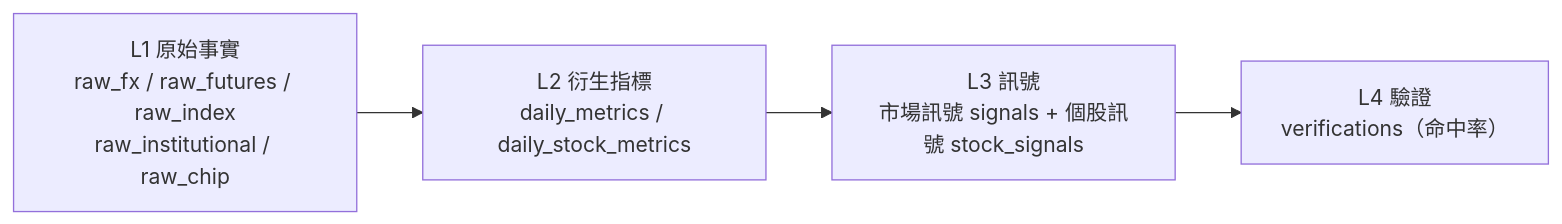
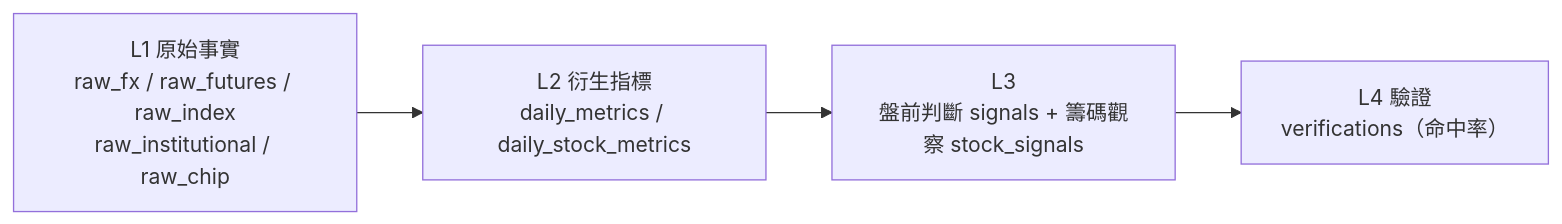
One commit to steven715/windscope changed the first of 3 diagrams in docs/logic_code.md. Above: the diagram before and after it, drawn with Mermaid. The commit also changed 4 other files, not shown here.

````diff
--- a/docs/logic_code.md
+++ b/docs/logic_code.md
@@ -8,8 +8,8 @@
 ```mermaid
 flowchart LR
   RAW["L1 原始事實<br/>raw_fx / raw_futures / raw_index<br/>raw_institutional / raw_chip"]
   L2["L2 衍生指標<br/>daily_metrics / daily_stock_metrics"]
-  L3["L3 訊號<br/>市場訊號 signals + 個股訊號 stock_signals"]
+  L3["L3<br/>盤前判斷 signals + 籌碼觀察 stock_signals"]
   L4["L4 驗證<br/>verifications（命中率）"]
   RAW --> L2 --> L3 --> L4
 ```
````
